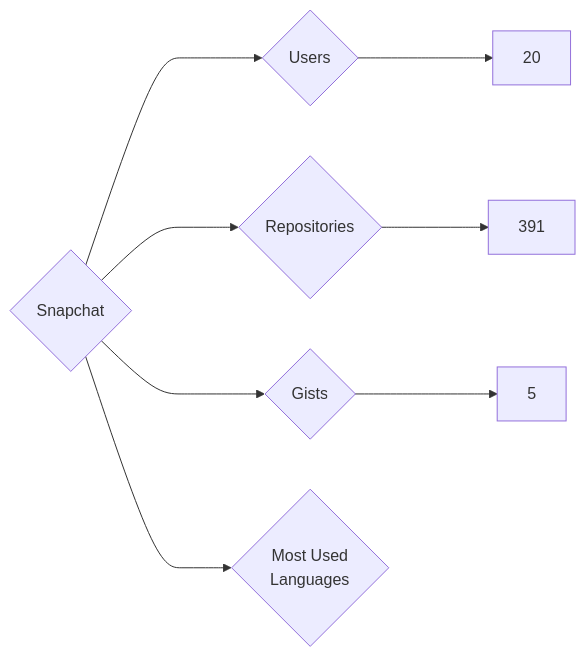
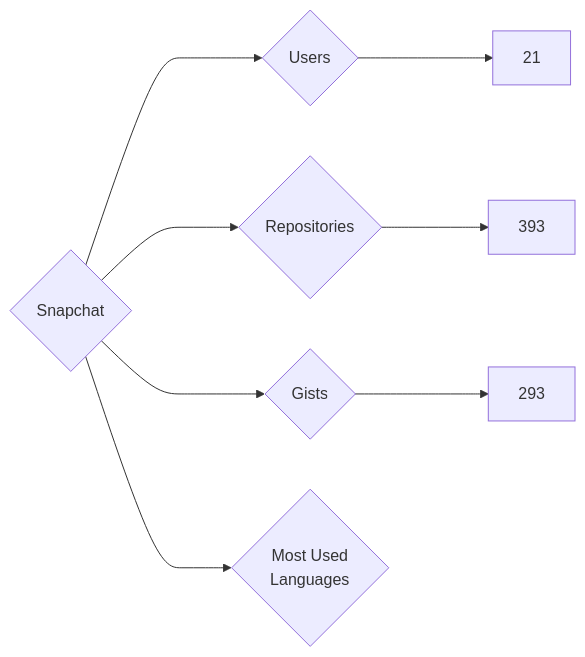
The diagram in targets/Snapchat/README.md (nenadzaric/insiders), drawn with Mermaid before and after one commit. The commit also changed 1342 other files, not shown here.

````diff
--- a/targets/Snapchat/README.md
+++ b/targets/Snapchat/README.md
@@ -3,8 +3,8 @@
 ```mermaid
 graph LR
 COMPANY_NAME{Snapchat}
-COMPANY_NAME ---> U{Users} ---> UN[20]
-COMPANY_NAME ---> R{Repositories} ---> RN[391]
-COMPANY_NAME ---> G{Gists} ---> GN[5]
+COMPANY_NAME ---> U{Users} ---> UN[21]
+COMPANY_NAME ---> R{Repositories} ---> RN[393]
+COMPANY_NAME ---> G{Gists} ---> GN[293]
 COMPANY_NAME ---> ML{Most Used<br>Languages}
 ```
````
